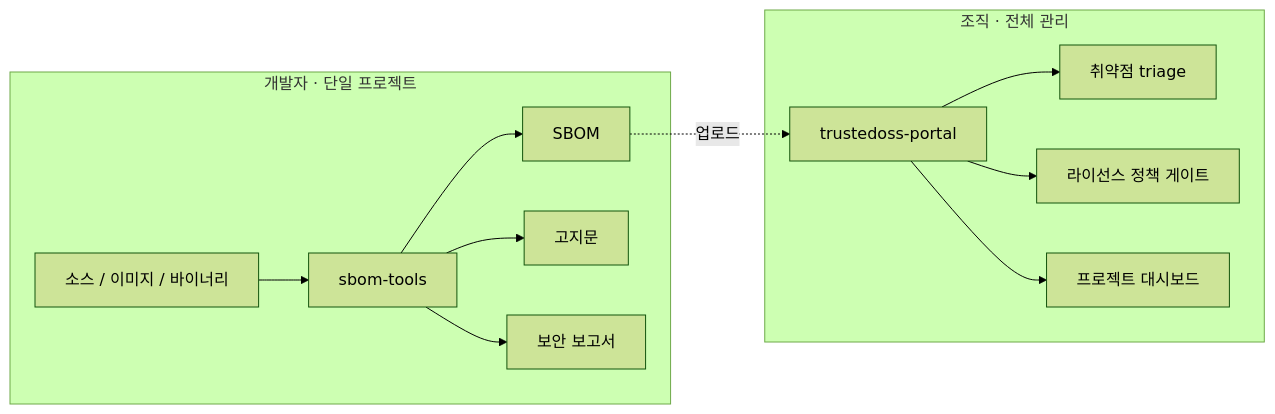
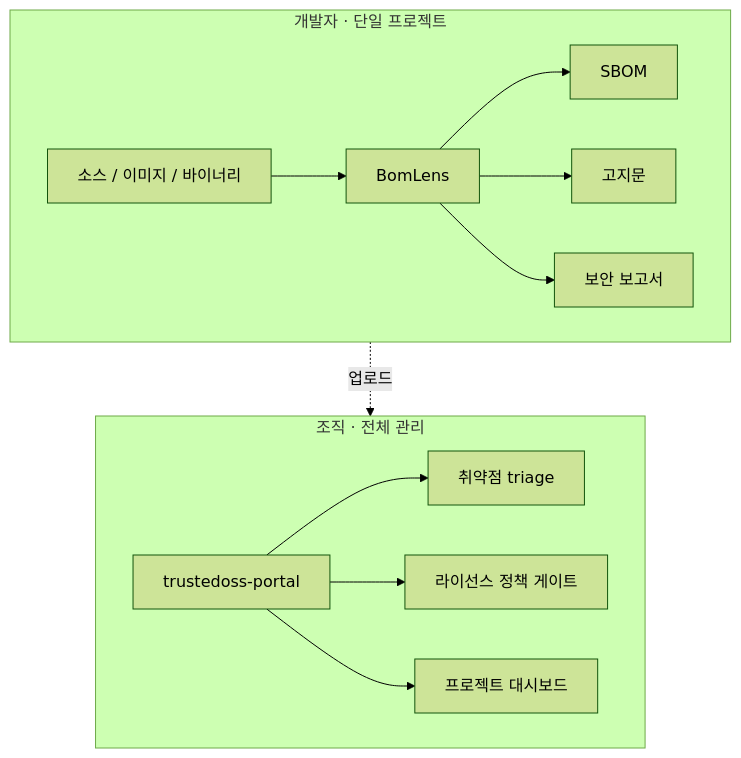
The sixth of 6 diagrams in docs/architecture.md (sktelecom/bomlens), drawn with Mermaid (forest theme) before and after one commit. The commit also changed other lines of this file and 1 other file, not shown here.

Commit message:
docs(architecture): stack wide mermaid diagrams vertically for readability
The overview and role-split diagrams placed two subgraphs side by side
(flowchart LR), so the SVG was scaled down to fit the content column
and node labels became unreadable. Switch the outer flow to TB so each
subgraph renders at natural size. Also rename the sbom-tools node
label to BomLens. Applied to both the Korean and English pages.

````diff
--- a/docs/architecture.md
+++ b/docs/architecture.md
@@ -368,15 +368,17 @@
 ```mermaid
-flowchart LR
+flowchart TB
     subgraph dev["개발자 · 단일 프로젝트"]
-        A["소스 / 이미지 / 바이너리"] --> B["sbom-tools"]
+        direction LR
+        A["소스 / 이미지 / 바이너리"] --> B["BomLens"]
         B --> C["SBOM"]
         B --> D["고지문"]
         B --> E["보안 보고서"]
     end
     subgraph org["조직 · 전체 관리"]
-        C -. 업로드 .-> F["trustedoss-portal"]
-        F --> G["취약점 triage"]
+        direction LR
+        F["trustedoss-portal"] --> G["취약점 triage"]
         F --> H["라이선스 정책 게이트"]
         F --> I["프로젝트 대시보드"]
     end
+    C -. 업로드 .-> F
 ```
````
